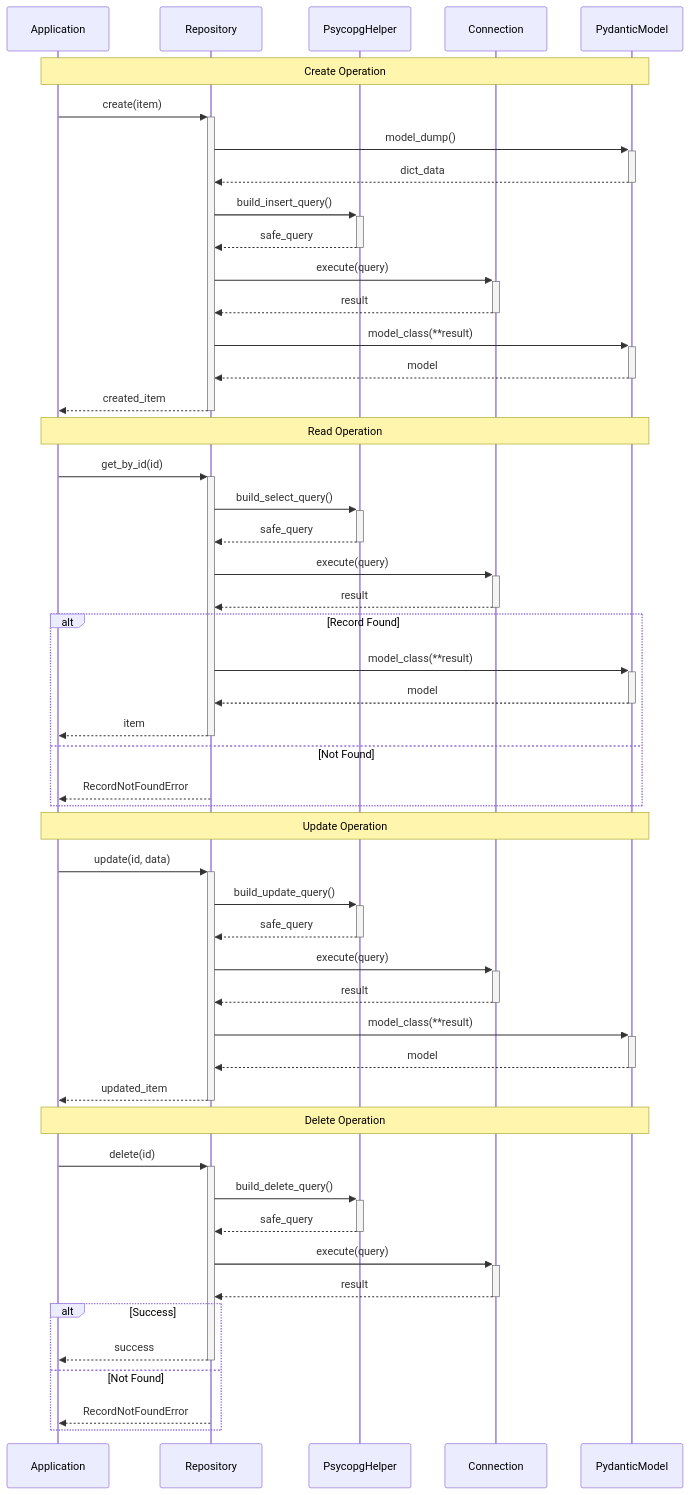
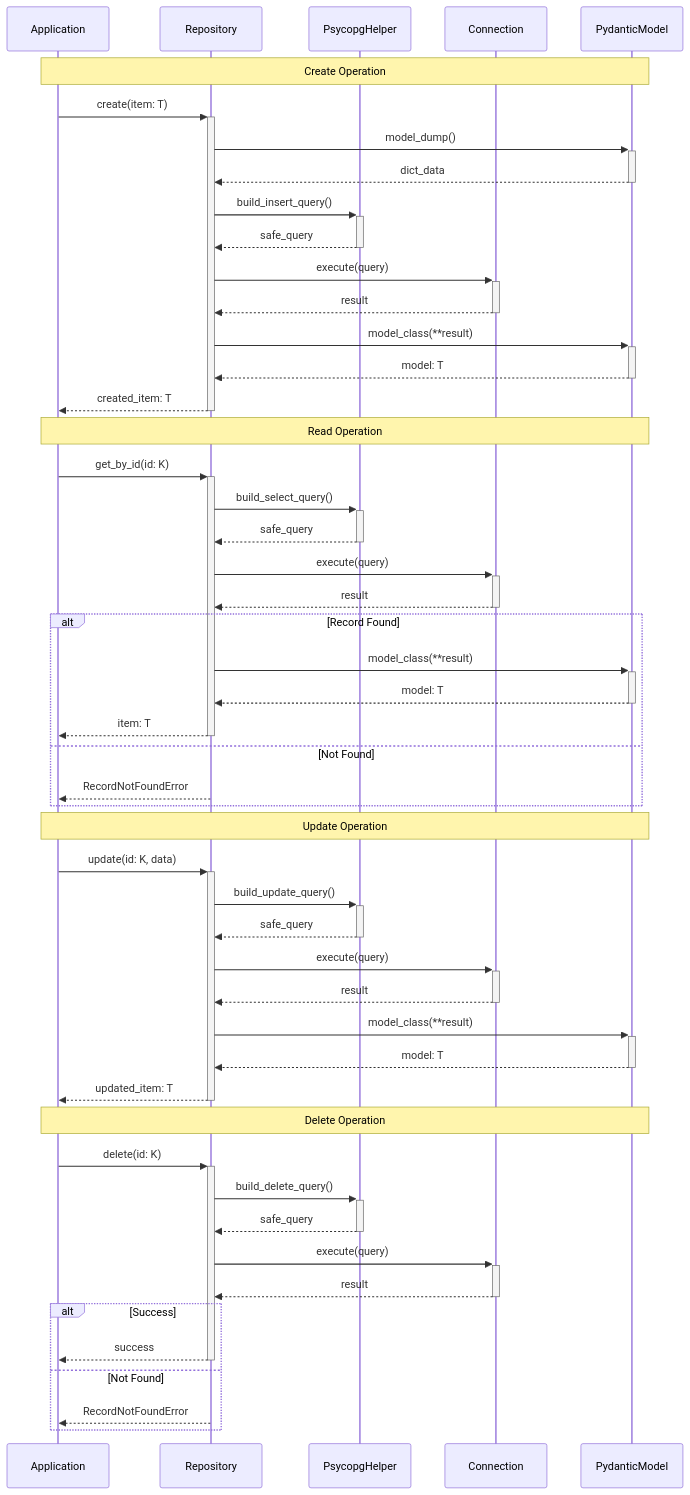
One commit to descoped/psycopg-toolkit changed the diagram in docs/base_repository.md. Above: the diagram before and after it, drawn with Mermaid. The commit also changed other lines of this file, not shown here.

````diff
--- a/docs/base_repository.md
+++ b/docs/base_repository.md
@@ -258,60 +261,60 @@
 ```mermaid
 sequenceDiagram
     participant A as Application
     participant R as Repository
     participant H as PsycopgHelper
     participant C as Connection
     participant M as PydanticModel
 
     Note over A,M: Create Operation
 
-    A->>+R: create(item)
+    A->>+R: create(item: T)
     R->>+M: model_dump()
     M-->>-R: dict_data
     R->>+H: build_insert_query()
     H-->>-R: safe_query
     R->>+C: execute(query)
     C-->>-R: result
     R->>+M: model_class(**result)
-    M-->>-R: model
-    R-->>-A: created_item
+    M-->>-R: model: T
+    R-->>-A: created_item: T
 
     Note over A,M: Read Operation
 
-    A->>+R: get_by_id(id)
+    A->>+R: get_by_id(id: K)
     R->>+H: build_select_query()
     H-->>-R: safe_query
     R->>+C: execute(query)
     C-->>-R: result
     alt Record Found
         R->>+M: model_class(**result)
-        M-->>-R: model
-        R-->>-A: item
+        M-->>-R: model: T
+        R-->>-A: item: T
     else Not Found
         R-->>A: RecordNotFoundError
     end
 
     Note over A,M: Update Operation
 
-    A->>+R: update(id, data)
+    A->>+R: update(id: K, data)
     R->>+H: build_update_query()
     H-->>-R: safe_query
     R->>+C: execute(query)
     C-->>-R: result
     R->>+M: model_class(**result)
-    M-->>-R: model
-    R-->>-A: updated_item
+    M-->>-R: model: T
+    R-->>-A: updated_item: T
 
     Note over A,M: Delete Operation
 
-    A->>+R: delete(id)
+    A->>+R: delete(id: K)
     R->>+H: build_delete_query()
     H-->>-R: safe_query
     R->>+C: execute(query)
     C-->>-R: result
     alt Success
         R-->>-A: success
     else Not Found
         R-->>A: RecordNotFoundError
     end
 ```
````
